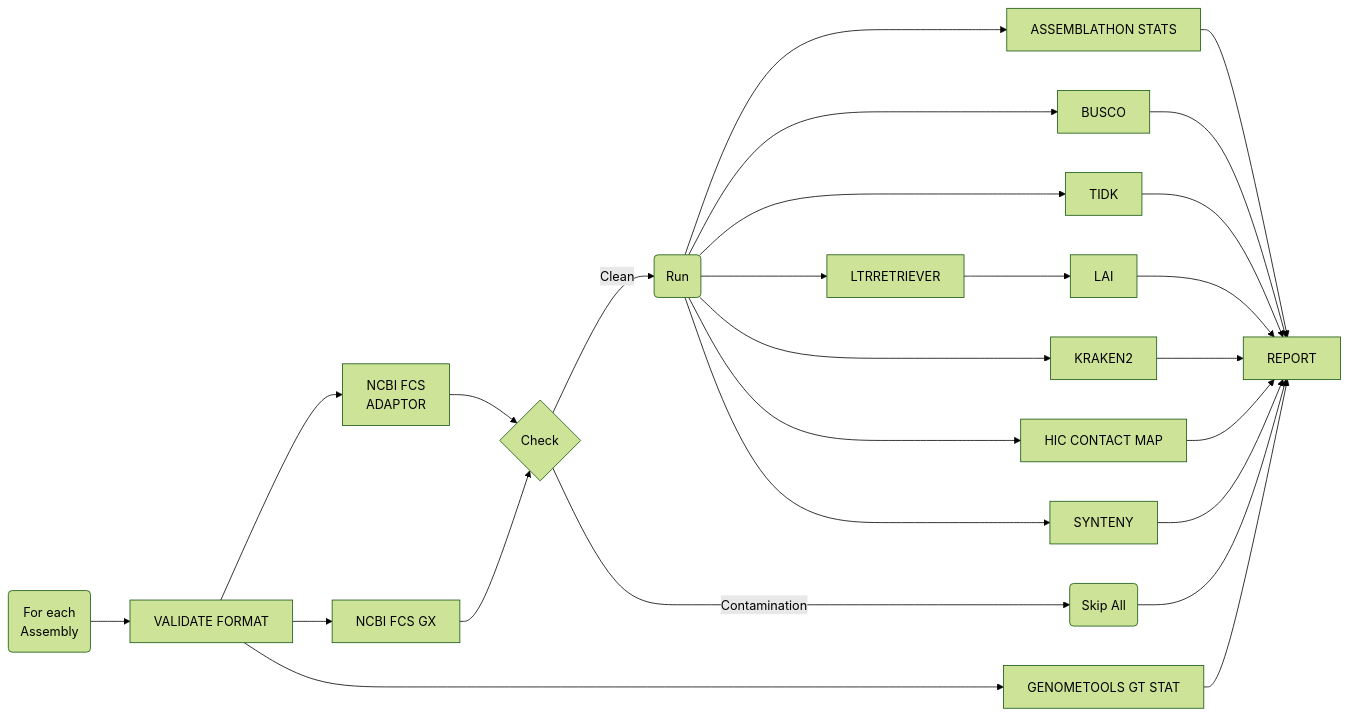
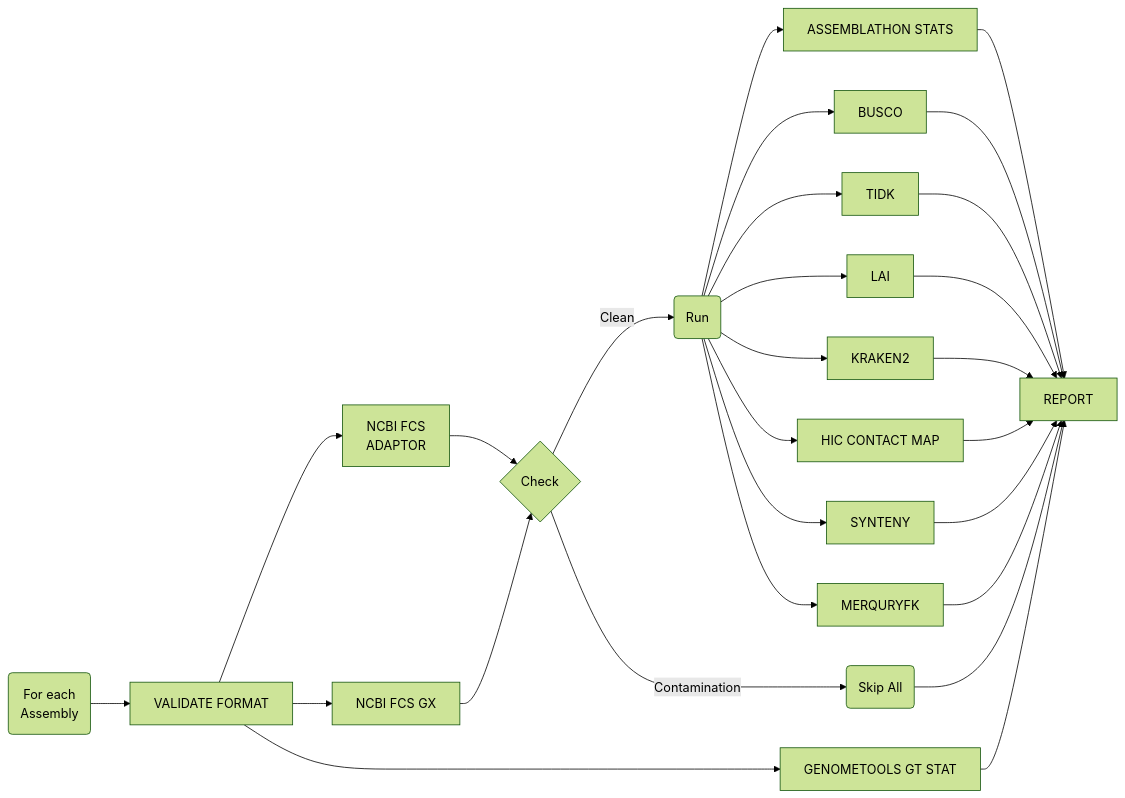
One commit to Plant-Food-Research-Open/assemblyqc changed the diagram in README.md. Above: the diagram before and after it, drawn with Mermaid (forest theme). The commit also changed other lines of this file and 32 other files, not shown here.

````diff
--- a/README.md
+++ b/README.md
@@ -17,34 +17,35 @@
 ```mermaid
 flowchart LR
   forEachTag(For each\nAssembly) --> VALIDATE_FORMAT[VALIDATE FORMAT]
 
   VALIDATE_FORMAT --> ncbiFCS[NCBI FCS\nADAPTOR]
   ncbiFCS --> Check{Check}
 
   VALIDATE_FORMAT --> ncbiGX[NCBI FCS GX]
   ncbiGX --> Check
   Check --> |Clean|Run(Run)
 
   Check --> |Contamination|Skip(Skip All)
   Skip --> REPORT
 
   VALIDATE_FORMAT --> GFF_STATS[GENOMETOOLS GT STAT]
 
   Run --> ASS_STATS[ASSEMBLATHON STATS]
   Run --> BUSCO
   Run --> TIDK
-  Run --> LTRRETRIEVER
-  LTRRETRIEVER --> LAI
+  Run --> LAI
   Run --> KRAKEN2
   Run --> HIC_CONTACT_MAP[HIC CONTACT MAP]
   Run --> SYNTENY
+  Run --> MERQURYFK
 
   ASS_STATS --> REPORT
   GFF_STATS --> REPORT
   BUSCO --> REPORT
   TIDK --> REPORT
   LAI --> REPORT
   KRAKEN2 --> REPORT
   HIC_CONTACT_MAP --> REPORT
   SYNTENY --> REPORT
+  MERQURYFK --> REPORT
 ```
````
